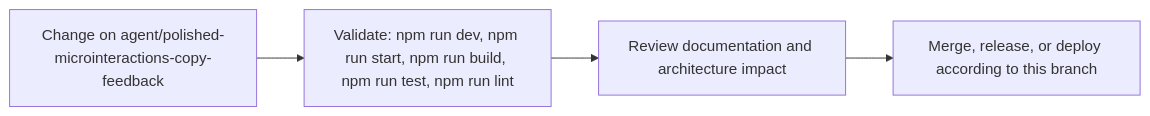
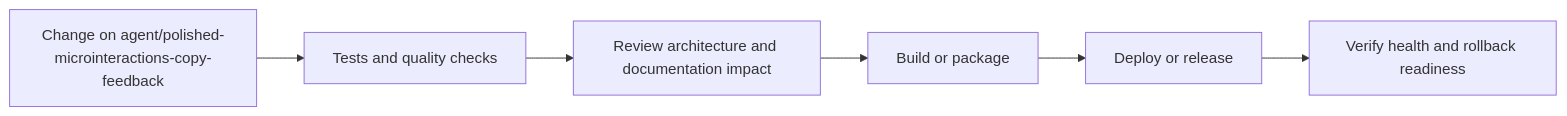
The fifth of 6 diagrams in README.md (Nischhalsubba/BindForge-NW), drawn with Mermaid before and after one commit. The commit also changed other lines of this file, not shown here.

````diff
--- a/README.md
+++ b/README.md
@@ -88,8 +184,8 @@
 ```mermaid
 flowchart LR
-    CHANGE["Change on agent/polished-microinteractions-copy-feedback"]
-    CHECK["Validate: npm run dev, npm run start, npm run build, npm run test, npm run lint"]
-    REVIEW["Review documentation and architecture impact"]
-    RELEASE["Merge, release, or deploy according to this branch"]
-    CHANGE --> CHECK --> REVIEW --> RELEASE
+    CHANGE["Change on agent/polished-microinteractions-copy-feedback"] --> CHECK["Tests and quality checks"]
+    CHECK --> REVIEW["Review architecture and documentation impact"]
+    REVIEW --> BUILD["Build or package"]
+    BUILD --> DEPLOY["Deploy or release"]
+    DEPLOY --> VERIFY["Verify health and rollback readiness"]
 ```
````
